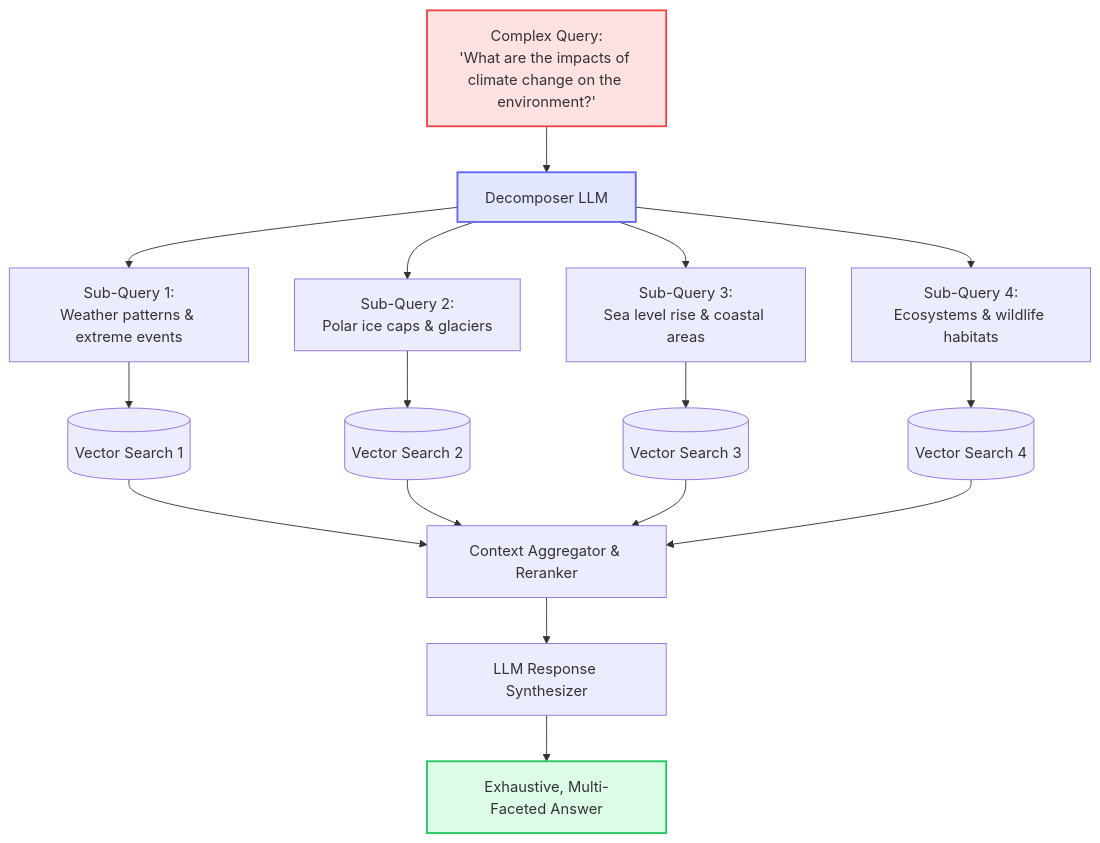
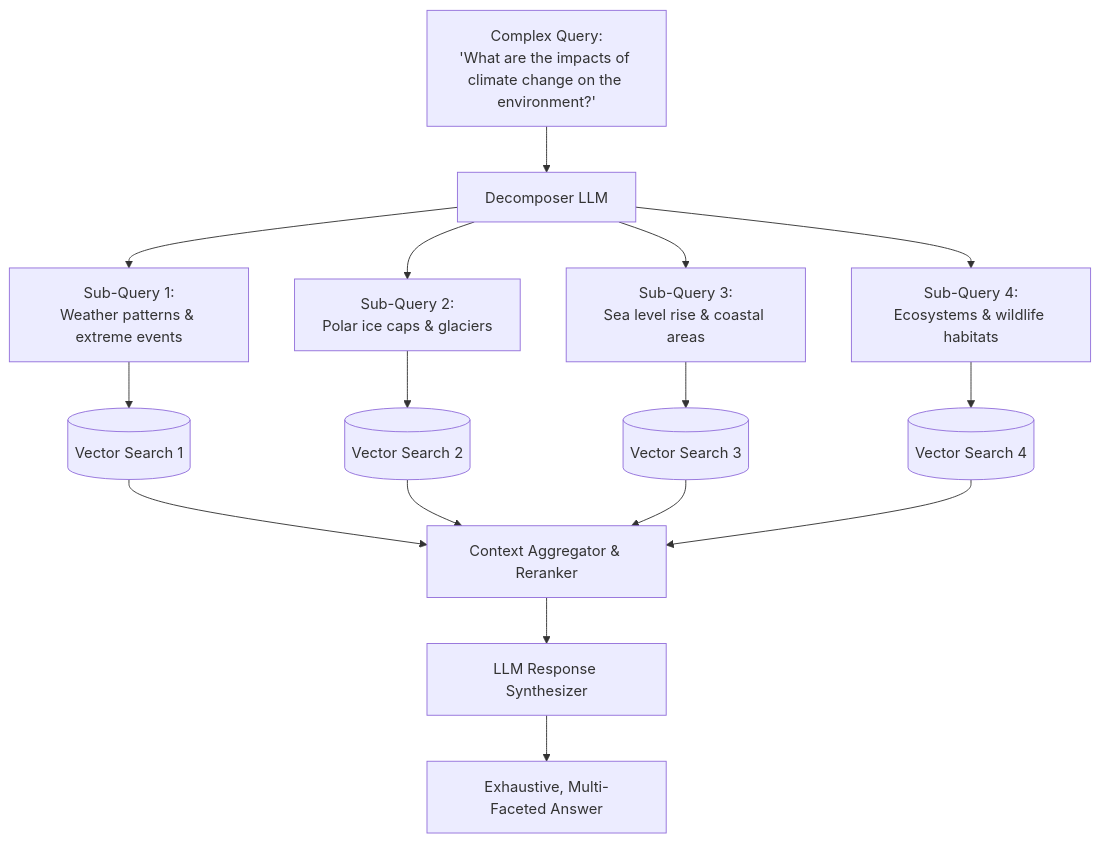
Before and after one commit to d-hackmt/query-transformations: the diagram in docs/03_sub_query_decomposition.md, drawn with Mermaid. The commit also changed 9 other files, not shown here.

Commit message:
style: remove hardcoded colors from all mermaid diagrams for clean native theme rendering

````diff
--- a/docs/03_sub_query_decomposition.md
+++ b/docs/03_sub_query_decomposition.md
@@ -36,22 +36,19 @@
 ```mermaid
 flowchart TD
     ComplexQ["Complex Query:<br/>'What are the impacts of climate change on the environment?'"] --> Decomposer["Decomposer LLM"]
     
     Decomposer --> SQ1["Sub-Query 1:<br/>Weather patterns & extreme events"]
     Decomposer --> SQ2["Sub-Query 2:<br/>Polar ice caps & glaciers"]
     Decomposer --> SQ3["Sub-Query 3:<br/>Sea level rise & coastal areas"]
     Decomposer --> SQ4["Sub-Query 4:<br/>Ecosystems & wildlife habitats"]
     
     SQ1 --> R1[("Vector Search 1")]
     SQ2 --> R2[("Vector Search 2")]
     SQ3 --> R3[("Vector Search 3")]
     SQ4 --> R4[("Vector Search 4")]
     
     R1 & R2 & R3 & R4 --> Aggregator["Context Aggregator & Reranker"]
     Aggregator --> Synthesizer["LLM Response Synthesizer"]
     Synthesizer --> FinalAnswer["Exhaustive, Multi-Faceted Answer"]
     
-    style ComplexQ fill:#fee2e2,stroke:#ef4444,stroke-width:2px
-    style Decomposer fill:#e0e7ff,stroke:#6366f1,stroke-width:2px
-    style FinalAnswer fill:#dcfce7,stroke:#22c55e,stroke-width:2px
 ```
````
